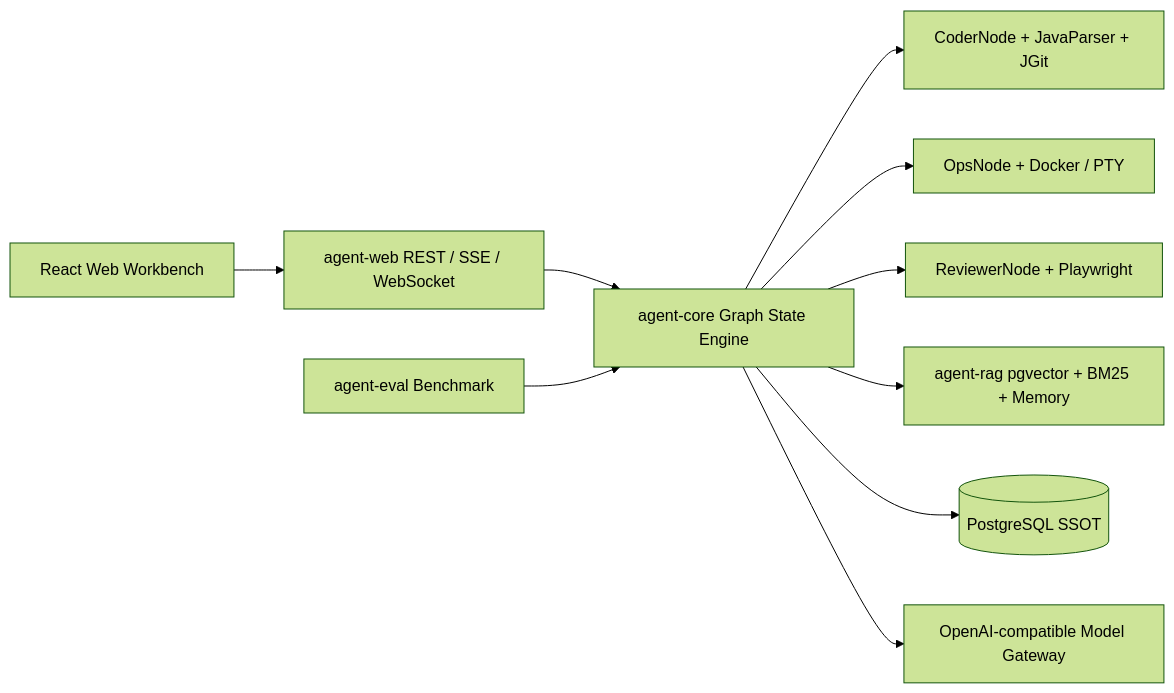
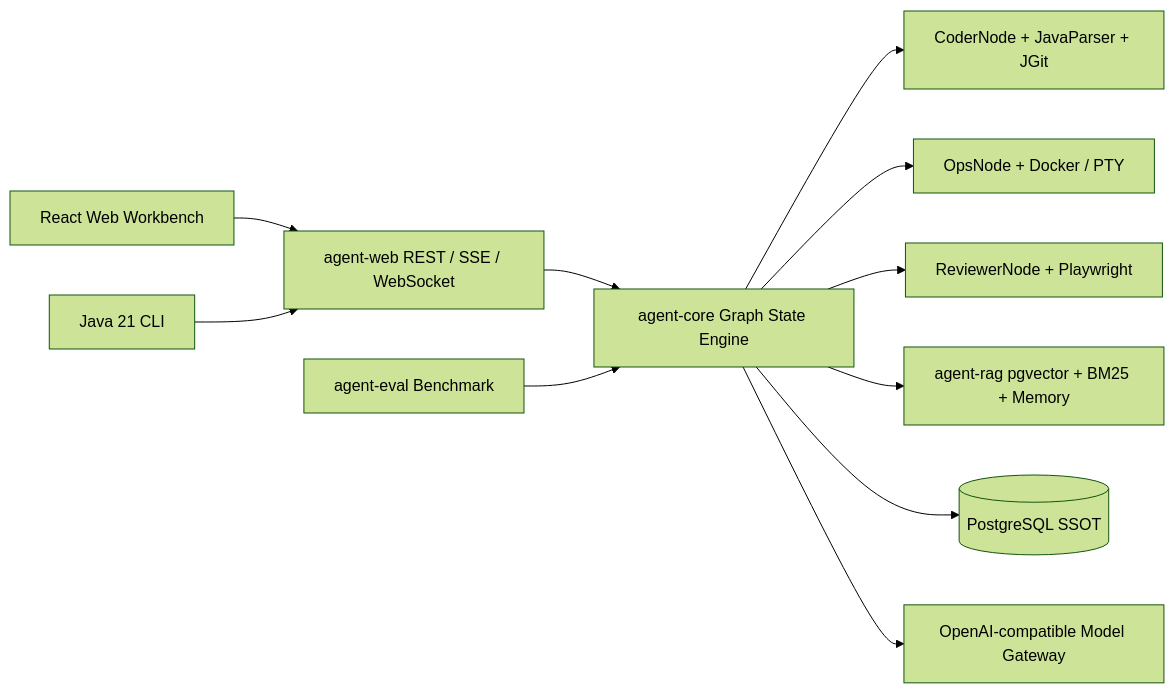
One commit to XXXXXTTTTT/agent4j changed the diagram in README.md. Above: the diagram before and after it, drawn with Mermaid (forest theme). The commit also changed other lines of this file, not shown here.

Commit message:
docs(product): document CLI and workspace workflow

````diff
--- a/README.md
+++ b/README.md
@@ -121,12 +121,13 @@
 ```mermaid
 flowchart LR
     UI[React Web Workbench] --> API[agent-web REST / SSE / WebSocket]
+    CLI[Java 21 CLI] --> API
     API --> CORE[agent-core Graph State Engine]
     CORE --> CODE[CoderNode + JavaParser + JGit]
     CORE --> OPS[OpsNode + Docker / PTY]
     CORE --> GUI[ReviewerNode + Playwright]
     CORE --> RAG[agent-rag pgvector + BM25 + Memory]
     CORE --> DB[(PostgreSQL SSOT)]
     CORE --> LLM[OpenAI-compatible Model Gateway]
     EVAL[agent-eval Benchmark] --> CORE
 ```
````
